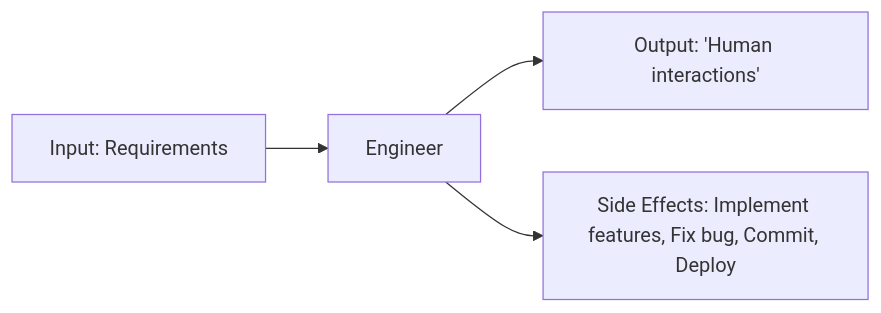
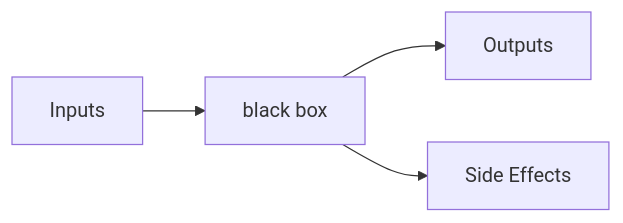
One commit to BrutLogic/Post changed the first of 11 diagrams in README.md. Above: the diagram before and after it, drawn with Mermaid. The commit also changed other lines of this file, not shown here.

````diff
--- a/README.md
+++ b/README.md
@@ -213,6 +68,6 @@
 ```mermaid
 graph LR
-A[Input: Requirements] --> B[Engineer]
-B --> C[Output: 'Human interactions']
-B --> D[Side Effects: Implement features, Fix bug, Commit, Deploy]
+    A["Inputs"] --> B["black box"]
+    B --> C["Outputs"]
+    B --> D["Side Effects"]
 ```
````
